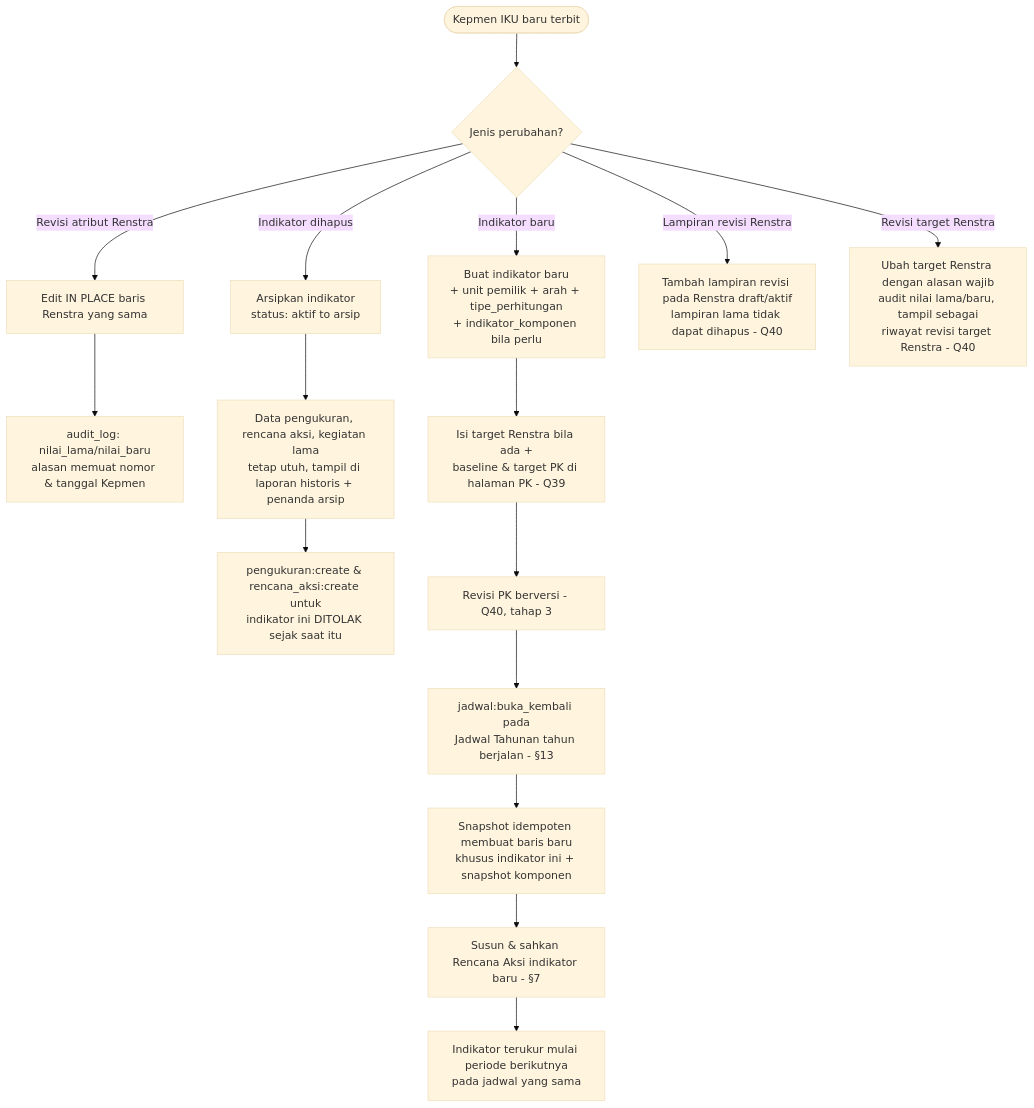
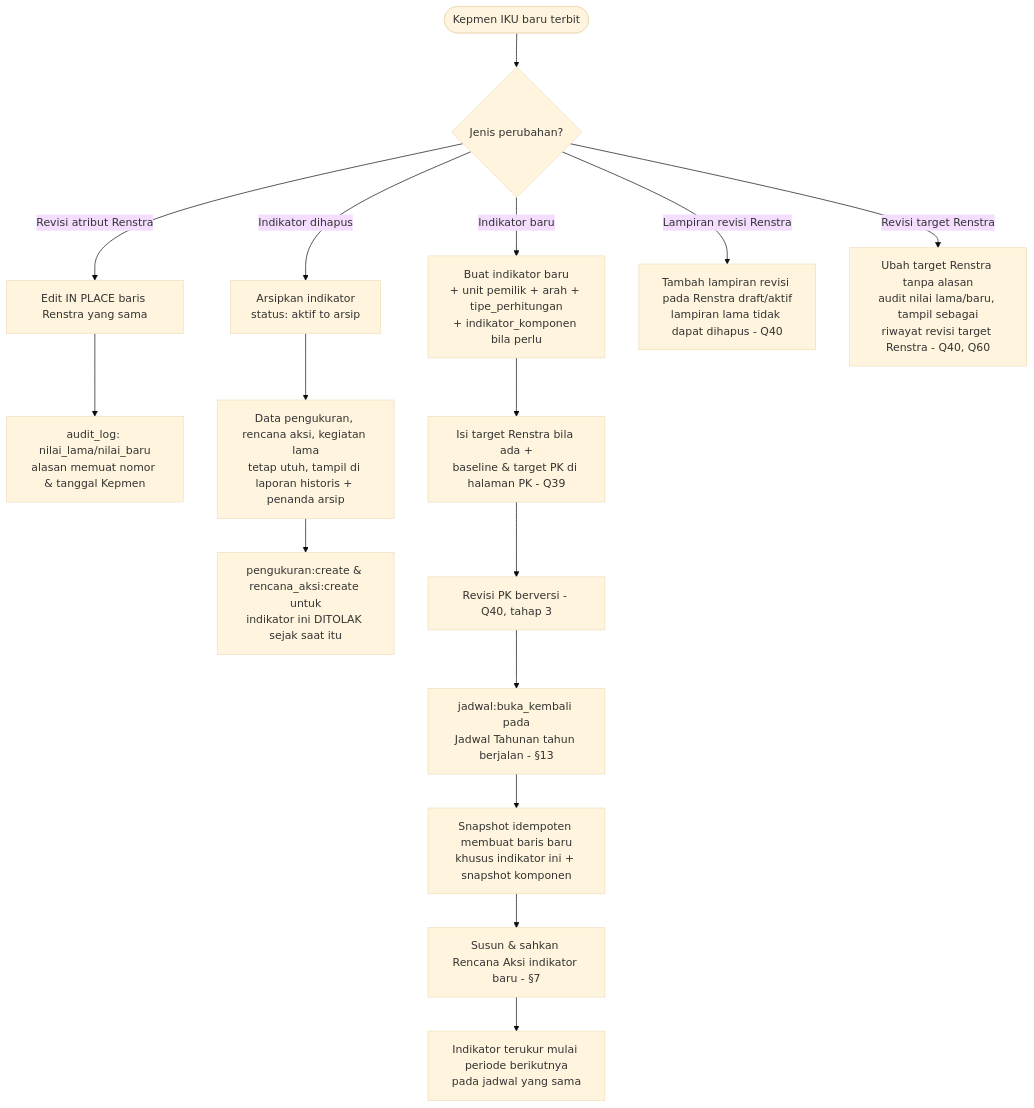
Diagram 14 of 21 in document/SAKIP - Workflow.md (LLDIKTI-XVI-TEAM/SAKIP), drawn with Mermaid (base theme) before and after one commit. The commit also changed other lines of this file and 39 other files, not shown here.

First line of the commit message:
[ISS-02.10] Target Renstra per Indikator, Lampiran Revisi, dan Riwayat Revisi (#143)

````diff
--- a/document/SAKIP - Workflow.md
+++ b/document/SAKIP - Workflow.md
@@ -1645,21 +1645,21 @@
 ```mermaid
 flowchart TD
     A([Kepmen IKU baru terbit]) --> B{Jenis perubahan?}
     B -- Revisi atribut Renstra --> C[Edit IN PLACE baris Renstra yang sama]
     C --> D[audit_log: nilai_lama/nilai_baru\nalasan memuat nomor & tanggal Kepmen]
 
     B -- Indikator dihapus --> E[Arsipkan indikator\nstatus: aktif to arsip]
     E --> F[Data pengukuran, rencana aksi, kegiatan lama\ntetap utuh, tampil di laporan historis + penanda arsip]
     F --> G[pengukuran:create & rencana_aksi:create untuk\nindikator ini DITOLAK sejak saat itu]
 
     B -- Indikator baru --> H[Buat indikator baru\n+ unit pemilik + arah + tipe_perhitungan\n+ indikator_komponen bila perlu]
     H --> I[Isi target Renstra bila ada +\nbaseline & target PK di halaman PK - Q39]
     I --> J[Revisi PK berversi - Q40, tahap 3]
     J --> K[jadwal:buka_kembali pada\nJadwal Tahunan tahun berjalan - §13]
     K --> L[Snapshot idempoten membuat baris baru\nkhusus indikator ini + snapshot komponen]
     L --> M[Susun & sahkan Rencana Aksi indikator baru - §7]
     M --> N[Indikator terukur mulai periode berikutnya\npada jadwal yang sama]
 
     B -- Lampiran revisi Renstra --> R1[Tambah lampiran revisi pada Renstra draft/aktif\nlampiran lama tidak dapat dihapus - Q40]
-    B -- Revisi target Renstra --> R2[Ubah target Renstra dengan alasan wajib\naudit nilai lama/baru, tampil sebagai\nriwayat revisi target Renstra - Q40]
+    B -- Revisi target Renstra --> R2[Ubah target Renstra tanpa alasan\naudit nilai lama/baru, tampil sebagai\nriwayat revisi target Renstra - Q40, Q60]
 ```
````
